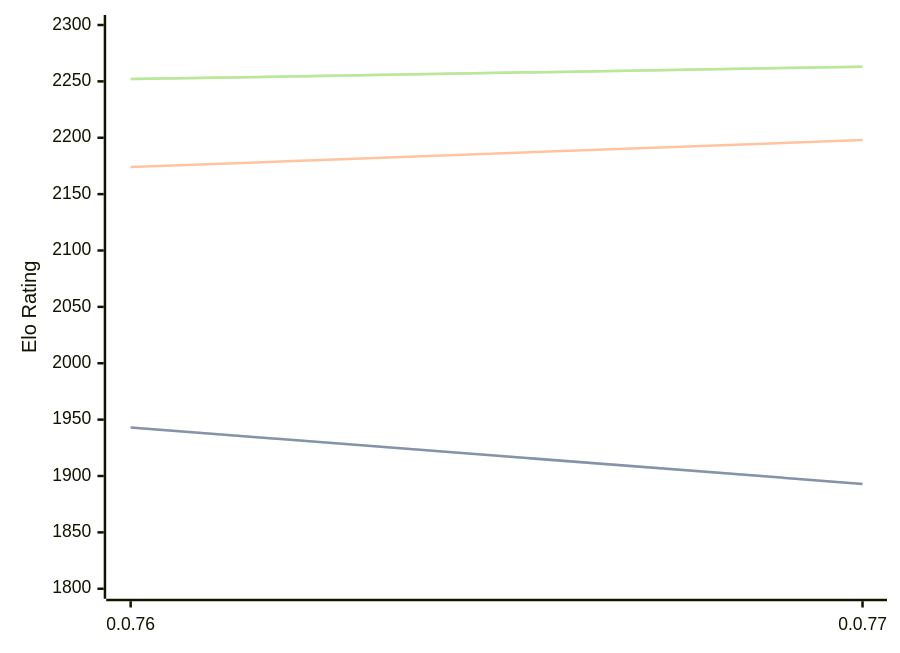
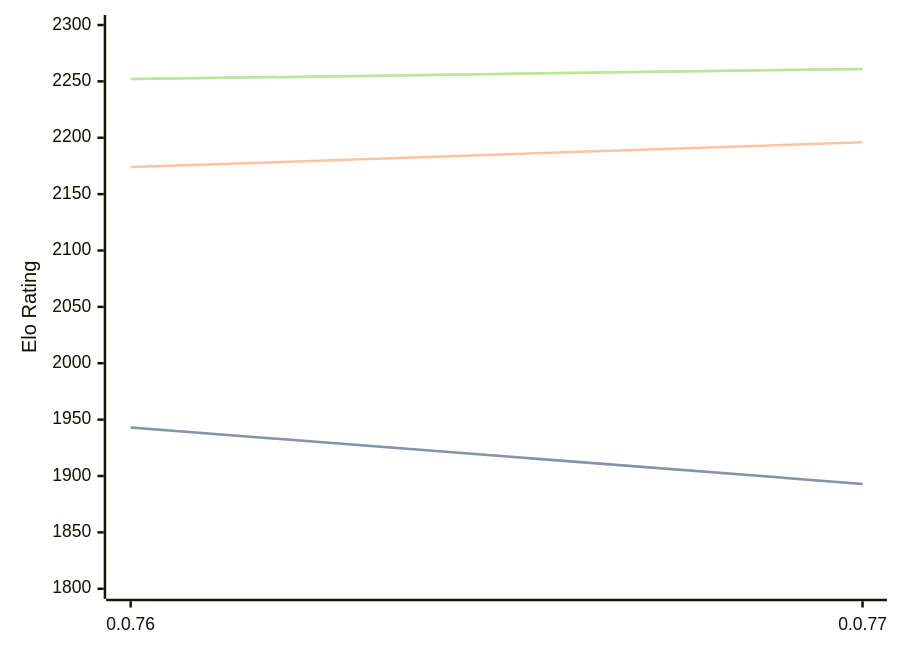
The diagram in engines/Fktb.md (computer-chess-index/cci), drawn with Mermaid before and after one commit. The commit also changed other lines of this file, not shown here.

Commit message:
Update CCI Ratings (ELO VLTC) - 2026-04-21

````diff
--- a/engines/Fktb.md
+++ b/engines/Fktb.md
@@ -32,11 +32,11 @@
 ```mermaid
 %%{init: {"theme":"base","themeVariables":{"seriesColors:['#a3a3a3','#222221','#faa371']}}}%%
 xychart-beta
   x-axis ["0.0.76", "0.0.77"]
   y-axis "Elo Rating" 1800 --> 2300
   line "STC (8.0+0.08s)" [1943, 1893]
   line "STC (8.0+0.08s)" [1943, 1893]
-  line "LTC (60.0+0.60s)" [2174, 2198]
-  line "VLTC (2m24s+1.12s)" [2252, 2263]
-  line "VLTC (2m24s+1.12s)" [2252, 2263]
+  line "LTC (60.0+0.60s)" [2174, 2196]
+  line "VLTC (2m24s+1.12s)" [2252, 2261]
+  line "VLTC (2m24s+1.12s)" [2252, 2261]
 ```
````
